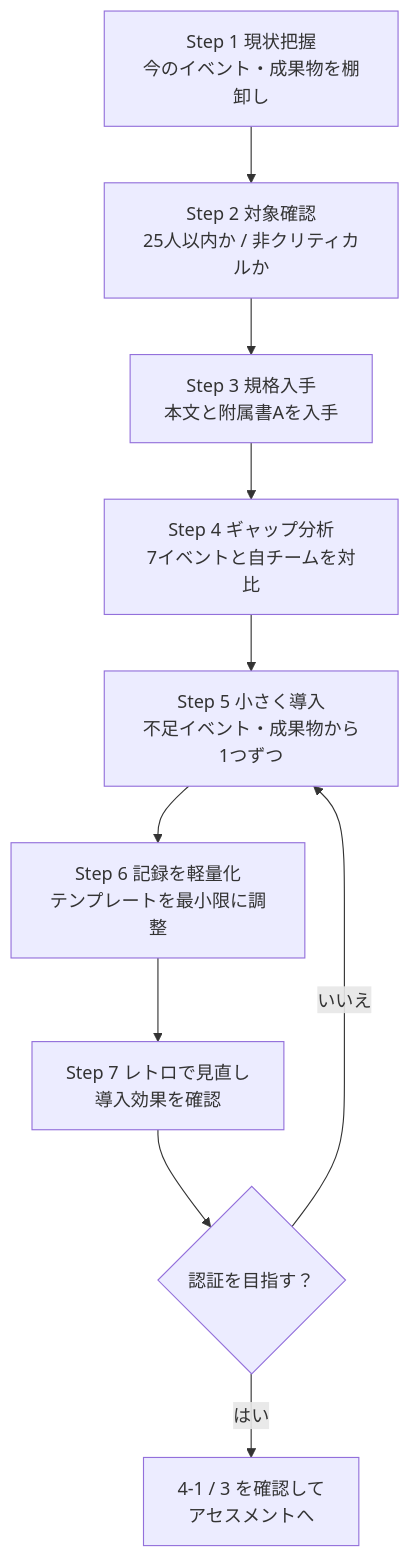
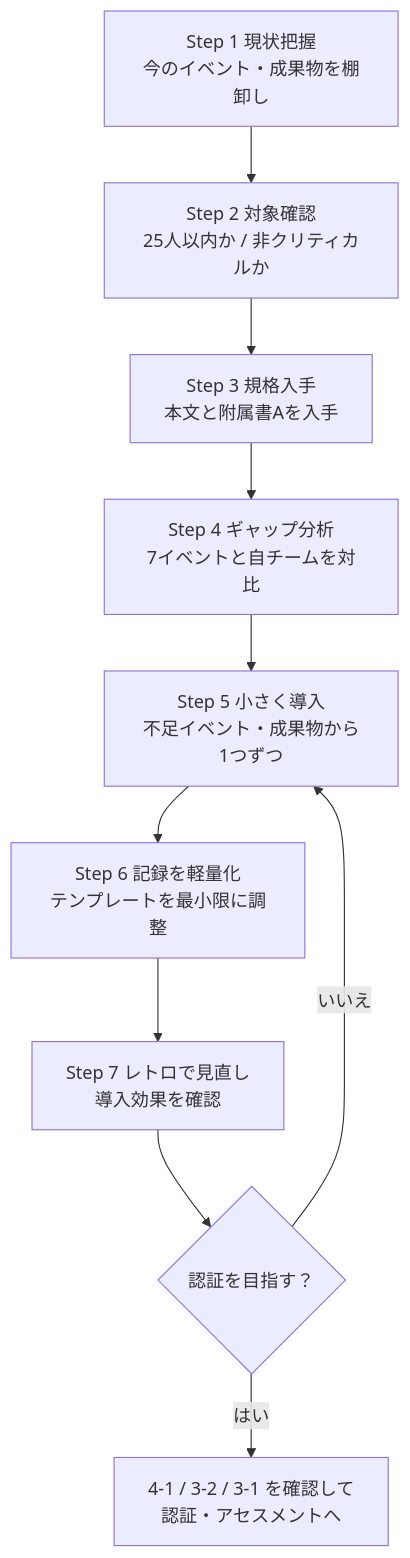
The tenth of 10 diagrams in Iso-iec-29110-5-4-2025-beginner-guide.md (myoshi2891/Quality-Assurance-Studies), drawn with Mermaid before and after one commit. The commit also changed other lines of this file, not shown here.

````diff
--- a/Iso-iec-29110-5-4-2025-beginner-guide.md
+++ b/Iso-iec-29110-5-4-2025-beginner-guide.md
@@ -402,12 +405,12 @@
 ```mermaid
 flowchart TD
   S1["Step 1 現状把握<br/>今のイベント・成果物を棚卸し"] --> S2["Step 2 対象確認<br/>25人以内か / 非クリティカルか"]
   S2 --> S3["Step 3 規格入手<br/>本文と附属書Aを入手"]
   S3 --> S4["Step 4 ギャップ分析<br/>7イベントと自チームを対比"]
   S4 --> S5["Step 5 小さく導入<br/>不足イベント・成果物から1つずつ"]
   S5 --> S6["Step 6 記録を軽量化<br/>テンプレートを最小限に調整"]
   S6 --> S7["Step 7 レトロで見直し<br/>導入効果を確認"]
   S7 --> S8{"認証を目指す？"}
-  S8 -->|"はい"| S9["4-1 / 3 を確認して<br/>アセスメントへ"]
+  S8 -->|"はい"| S9["4-1 / 3-2 / 3-1 を確認して<br/>認証・アセスメントへ"]
   S8 -->|"いいえ"| S5
 ```
````
